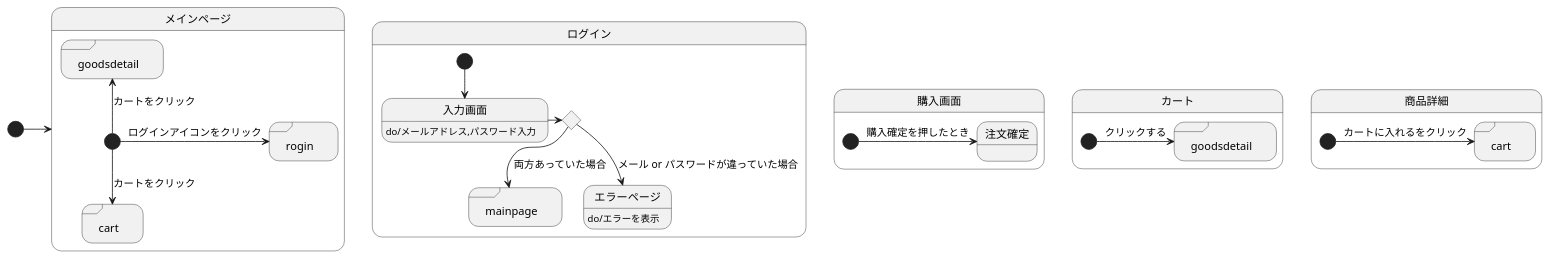
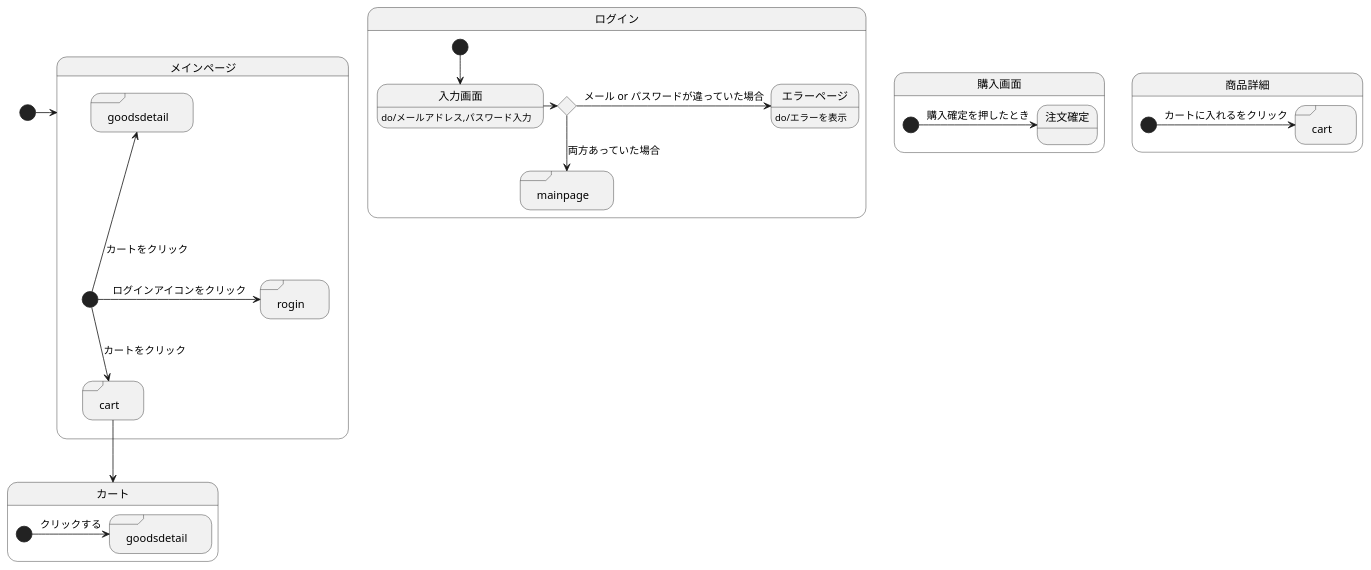
The diagram in UML.md (akutori/T-D-E), drawn with PlantUML before and after one commit.

````diff
--- a/UML.md
+++ b/UML.md
@@ -1,42 +1,44 @@
 ```uml
 @startuml
 [*]->メインページ
 state メインページ{
 state "rogin" <<sdlreceive>>
 state "cart" <<sdlreceive>>
 state "goodsdetail" <<sdlreceive>>
     [*]-> rogin :ログインアイコンをクリック
     [*]--> cart :カートをクリック
     [*]-up-> goodsdetail :カートをクリック
 }
 
 
 state ログイン{
-
 state input <<choice>>
 state "mainpage"<<sdlreceive>>
 
 入力画面:do/メールアドレス,パスワード入力
 エラーページ:do/エラーを表示
     [*]--> 入力画面
     入力画面->input
-    input-->エラーページ:メール or パスワードが違っていた場合
+    input->エラーページ:メール or パスワードが違っていた場合
     input-->mainpage : 両方あっていた場合
 
 }
 
 state 購入画面{
     [*]->注文確定 :購入確定を押したとき
 }
-
+cart -->カート
 state カート{
 state "goodsdetail" as goodsincart <<sdlreceive>>
+
     [*]->goodsincart :クリックする
 }
+
 state 商品詳細{
 state "cart" as detailincart <<sdlreceive>>
+
     [*]->detailincart :カートに入れるをクリック
 }
 
 @enduml
 ```
````
